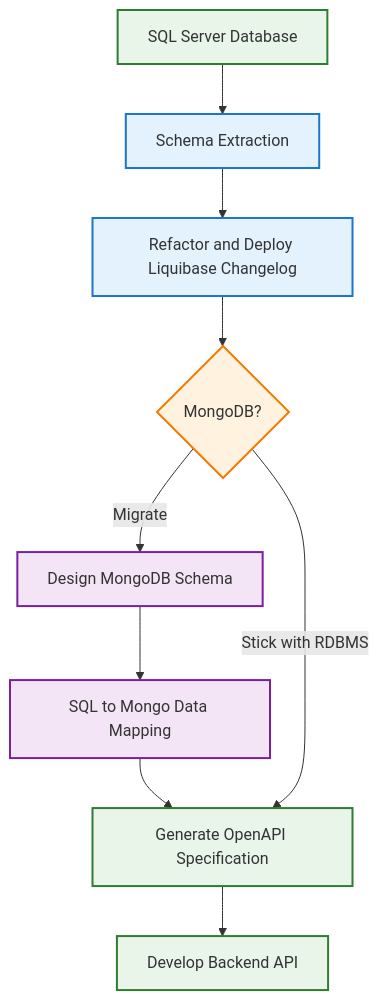
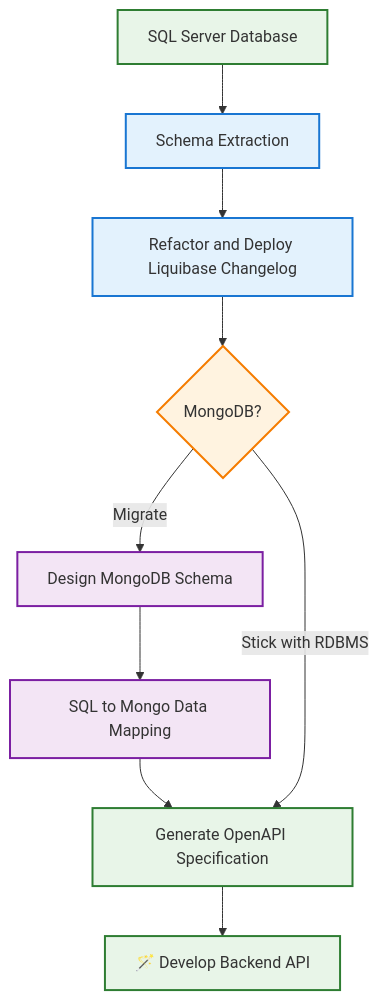
Before and after one commit to DEFRA/defra-ai-legacy-modernisation: the diagram in playbook/pages/pathways/sql-server/README.md, drawn with Mermaid. The commit also changed 5 other files, not shown here.

```diff
--- a/playbook/pages/pathways/sql-server/README.md
+++ b/playbook/pages/pathways/sql-server/README.md
@@ -13,23 +13,23 @@
 <pre class="mermaid">
 graph TD
     A[SQL Server Database] --> B[Schema Extraction]
     B --> C[Refactor and Deploy Liquibase Changelog]
     C --> E{MongoDB?}
     E -->|Migrate| F[Design MongoDB Schema]
     F --> G[SQL to Mongo Data Mapping]
     G --> H[Generate OpenAPI Specification]
     E -->|Stick with RDBMS| H
-    H --> I[Develop Backend API]
+    H --> I["🪄 Develop Backend API"]
 
     classDef database fill:#e8f5e8,stroke:#2e7d32,stroke-width:2px
     classDef process fill:#e3f2fd,stroke:#1976d2,stroke-width:2px
     classDef mongodb fill:#f3e5f5,stroke:#7b1fa2,stroke-width:2px
     classDef decision fill:#fff3e0,stroke:#f57c00,stroke-width:2px
     classDef api fill:#e8f5e8,stroke:#2e7d32,stroke-width:2px
 
     class A database
     class B,C process
     class F,G mongodb
     class E decision
     class H,I api
 </pre>
```
